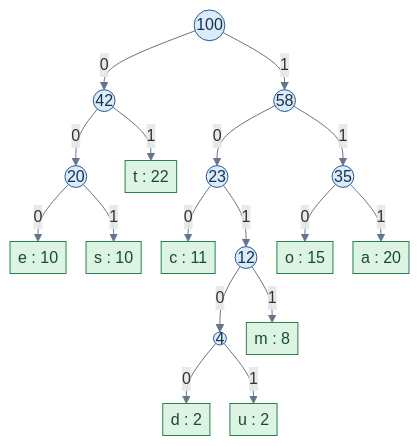
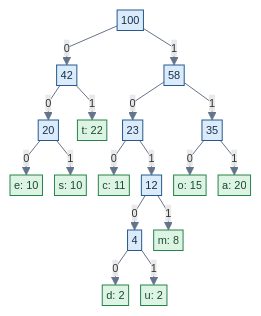
One commit to AmanRaj1206/DAA-LAB-CSE-204 changed the diagram in Exp-08/Problem solution.md. Above: the diagram before and after it, drawn with Mermaid.

Commit message:
Update Problem solution.md

````diff
--- a/Exp-08/Problem solution.md
+++ b/Exp-08/Problem solution.md
@@ -50,37 +54,45 @@
 ```mermaid
-%%{init: {"flowchart": {"nodeSpacing": 20, "rankSpacing": 25, "padding": 4, "htmlLabels": true}}}%%
-flowchart TD
-    R(("100"))
+%%{init: {"flowchart": {"nodeSpacing": 12, "rankSpacing": 18, "padding": 2, "htmlLabels": true, "curve": "linear"}, "themeVariables": {"fontSize": "11px"}}}%%
+flowchart TB
+    R["100"]
+    N42["42"]
+    N58["58"]
+    N20["20"]
+    T["t: 22"]
+    E["e: 10"]
+    S["s: 10"]
+    N23["23"]
+    N35["35"]
+    C["c: 11"]
+    N12["12"]
+    N4["4"]
+    M["m: 8"]
+    D["d: 2"]
+    U["u: 2"]
+    O["o: 15"]
+    A["a: 20"]
 
-    R -->|0| N42(("42"))
-    R -->|1| N58(("58"))
+    R -->|0| N42
+    R -->|1| N58
+    N42 -->|0| N20
+    N42 -->|1| T
+    N20 -->|0| E
+    N20 -->|1| S
+    N58 -->|0| N23
+    N58 -->|1| N35
+    N23 -->|0| C
+    N23 -->|1| N12
+    N12 -->|0| N4
+    N12 -->|1| M
+    N4 -->|0| D
+    N4 -->|1| U
+    N35 -->|0| O
+    N35 -->|1| A
 
-    N42 -->|0| N20(("20"))
-    N42 -->|1| T["t : 22"]
+    classDef internal fill:#DCEBFA,stroke:#245A91,color:#15324F,stroke-width:1px;
+    classDef leaf fill:#DDF3E4,stroke:#27834A,color:#164D2C,stroke-width:1px;
 
-    N20 -->|0| E["e : 10"]
-    N20 -->|1| S["s : 10"]
-
-    N58 -->|0| N23(("23"))
-    N58 -->|1| N35(("35"))
-
-    N23 -->|0| C["c : 11"]
-    N23 -->|1| N12(("12"))
-
-    N12 -->|0| N4(("4"))
-    N12 -->|1| M["m : 8"]
-
-    N4 -->|0| D["d : 2"]
-    N4 -->|1| U["u : 2"]
-
-    N35 -->|0| O["o : 15"]
-    N35 -->|1| A["a : 20"]
-
-    classDef internal fill:#DCEBFA,stroke:#245A91,stroke-width:1px,color:#15324F;
-    classDef leaf fill:#DDF3E4,stroke:#27834A,stroke-width:1px,color:#164D2C;
-
-    class R,N42,N58,N20,N23,N12,N4,N35 internal;
+    class R,N42,N58,N20,N23,N35,N12,N4 internal;
     class T,E,S,C,M,D,U,O,A leaf;
-
     linkStyle default stroke:#64748B,stroke-width:1px;
 ```
````
